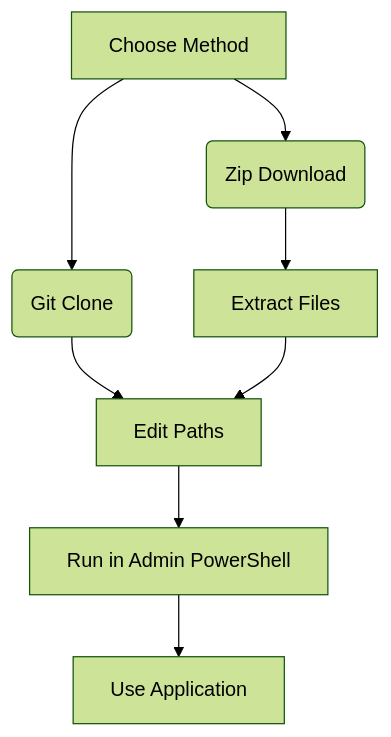
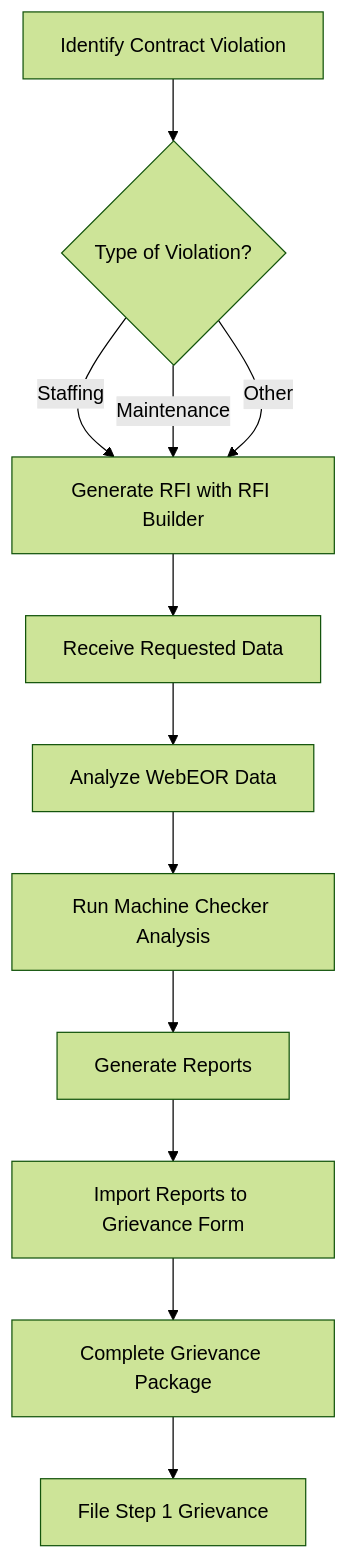
The first of 2 diagrams in README.md (JRS222/LaborChecklistProd), drawn with Mermaid (forest theme) before and after one commit. The commit also changed other lines of this file, not shown here.

````diff
--- a/README.md
+++ b/README.md
@@ -488,10 +121,14 @@
 ```mermaid
 graph TD
-    A[Choose Method] --> B(Zip Download)
-    A --> C(Git Clone)
-    B --> D[Extract Files]
-    C --> E[Edit Paths]
-    D --> E
-    E --> F[Run in Admin PowerShell]
-    F --> G[Use Application]
+    A[Identify Contract Violation] --> B{Type of Violation?}
+    B -->|Staffing| C[Generate RFI with RFI Builder]
+    B -->|Maintenance| C
+    B -->|Other| C
+    C --> D[Receive Requested Data]
+    D --> E[Analyze WebEOR Data]
+    E --> F[Run Machine Checker Analysis]
+    F --> G[Generate Reports]
+    G --> H[Import Reports to Grievance Form]
+    H --> I[Complete Grievance Package]
+    I --> J[File Step 1 Grievance]
 ```
````
